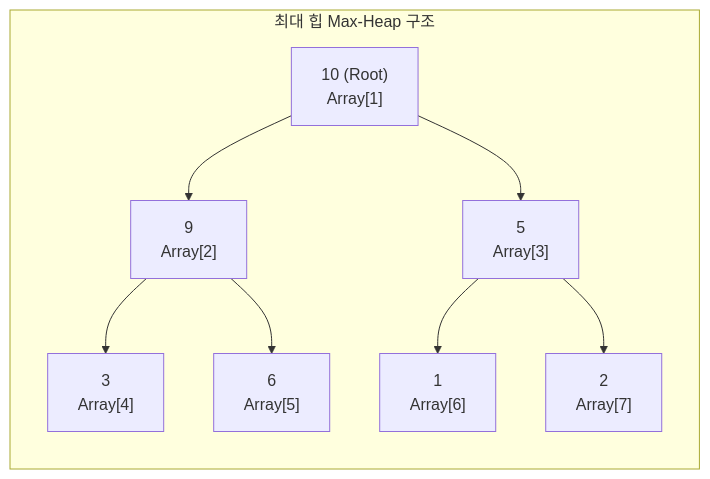
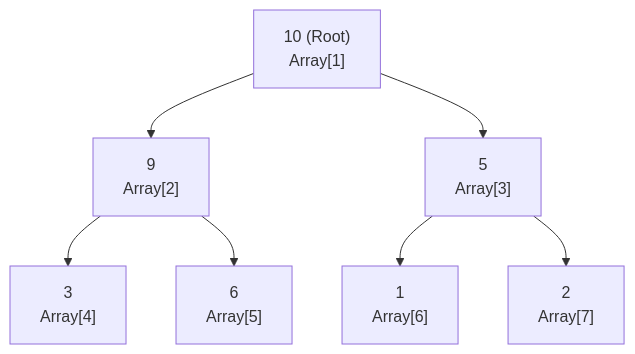
The diagram in content/01_IT Tech/힙.md (supremethumb/supremethumb.github.io), drawn with Mermaid before and after one commit. The commit also changed other lines of this file and 362 other files, not shown here.

````diff
--- a/content/01_IT Tech/힙.md
+++ b/content/01_IT Tech/힙.md
@@ -23,15 +37,11 @@
 ```mermaid
 flowchart TB
-    subgraph 최대 힙 Max-Heap 구조
-        direction TB
-        N1["10 (Root)<br/>Array[1]"] --> N2["9<br/>Array[2]"]
-        N1 --> N3["5<br/>Array[3]"]
-        
-        N2 --> N4["3<br/>Array[4]"]
-        N2 --> N5["6<br/>Array[5]"]
-        
-        N3 --> N6["1<br/>Array[6]"]
-        N3 --> N7["2<br/>Array[7]"]
-    end
-
+    N1["10 (Root)<br/>Array[1]"] --> N2["9<br/>Array[2]"]
+    N1 --> N3["5<br/>Array[3]"]
+    
+    N2 --> N4["3<br/>Array[4]"]
+    N2 --> N5["6<br/>Array[5]"]
+    
+    N3 --> N6["1<br/>Array[6]"]
+    N3 --> N7["2<br/>Array[7]"]
 ```
````
